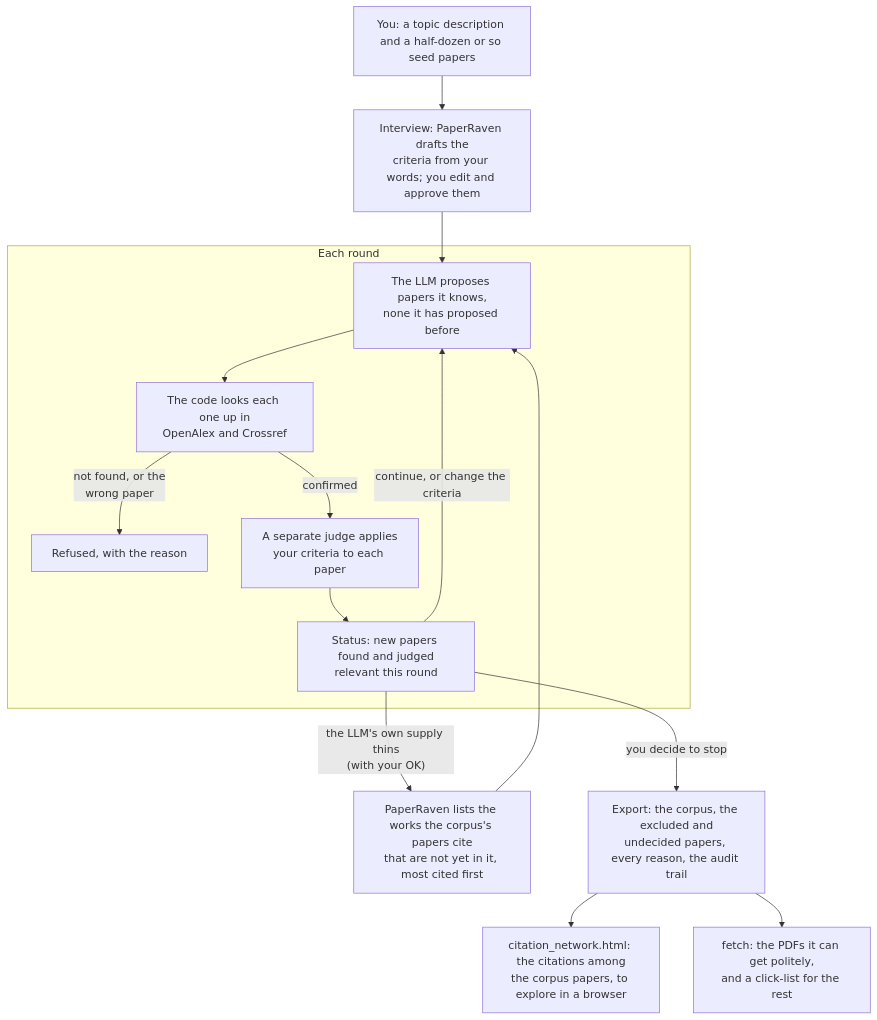
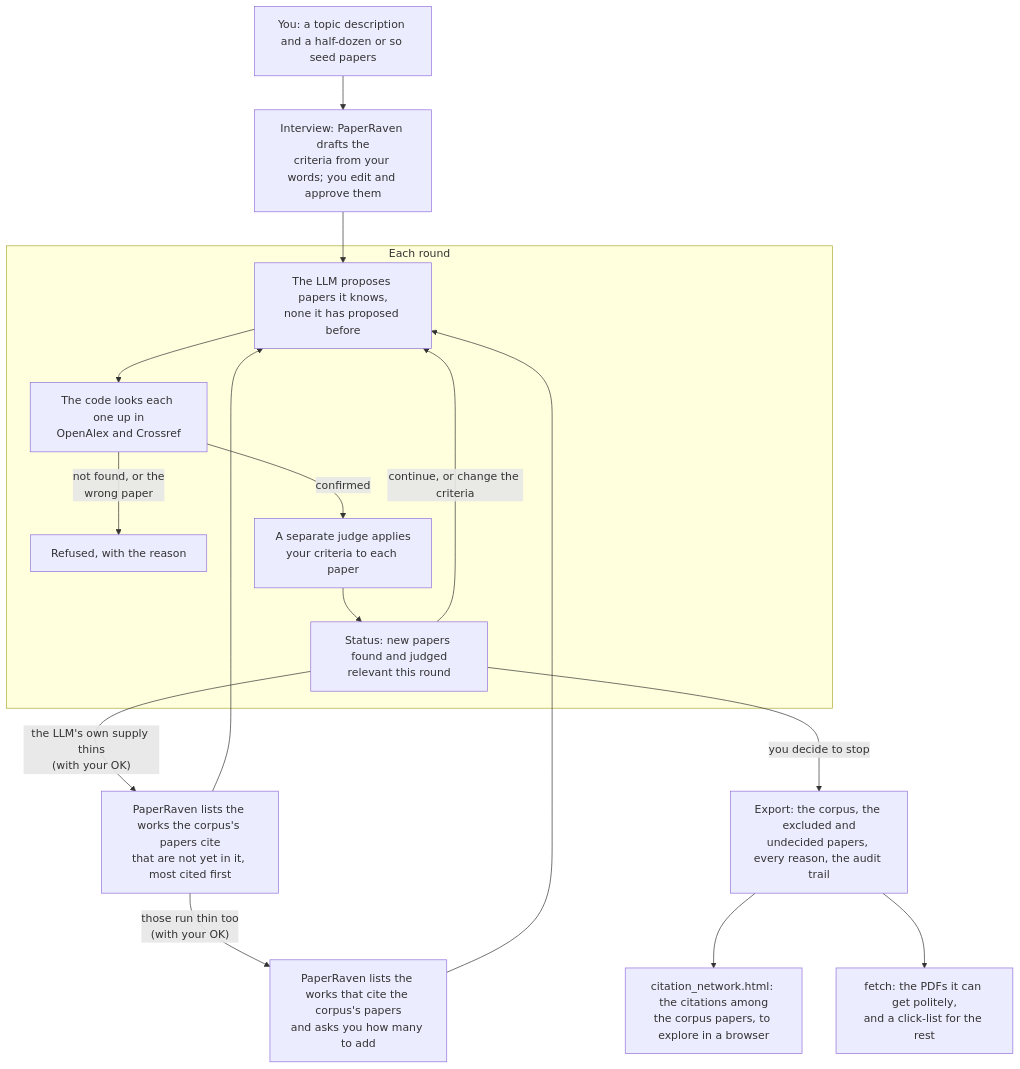
Before and after one commit to aaronclauset/paperraven: the diagram in README.md, drawn with Mermaid. The commit also changed other lines of this file and 22 other files, not shown here.

Commit message:
PaperRaven 0.2.0

````diff
--- a/README.md
+++ b/README.md
@@ -74,17 +75,19 @@
 ```mermaid
 flowchart TD
     A["You: a topic description and a half-dozen or so seed papers"] --> B["Interview: PaperRaven drafts the<br/>criteria from your words; you edit and approve them"]
     B --> P
     subgraph R ["Each round"]
         P["The LLM proposes papers it knows,<br/>none it has proposed before"] --> V["The code looks each one up in<br/>OpenAlex and Crossref"]
         V -->|"not found, or the<br/>wrong paper"| X["Refused, with the reason"]
         V -->|"confirmed"| J["A separate judge applies<br/>your criteria to each paper"]
         J --> S["Status: new papers found and judged<br/>relevant this round"]
     end
     S -->|"continue, or change the criteria"| P
     S -->|"the LLM's own supply thins<br/>(with your OK)"| L["PaperRaven lists the works the corpus's papers cite<br/>that are not yet in it, most cited first"]
     L --> P
+    L -->|"those run thin too<br/>(with your OK)"| C["PaperRaven lists the works that cite the corpus's papers<br/>and asks you how many to add"]
+    C --> P
     S -->|"you decide to stop"| E["Export: the corpus, the excluded and<br/>undecided papers, every reason, the audit trail"]
     E --> N["citation_network.html: the citations among<br/>the corpus papers, to explore in a browser"]
     E --> F["fetch: the PDFs it can get politely,<br/>and a click-list for the rest"]
 ```
````
